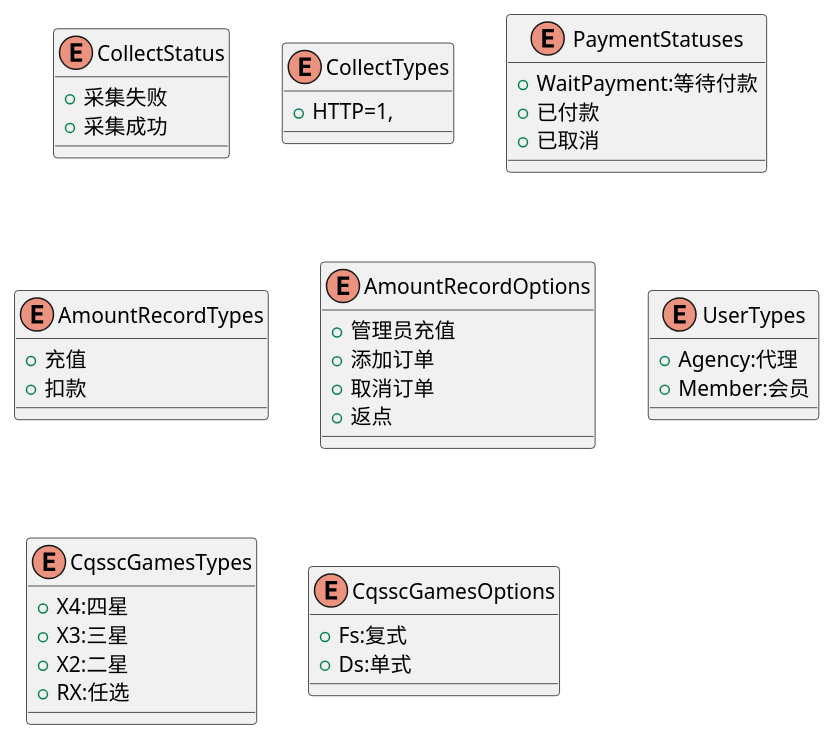
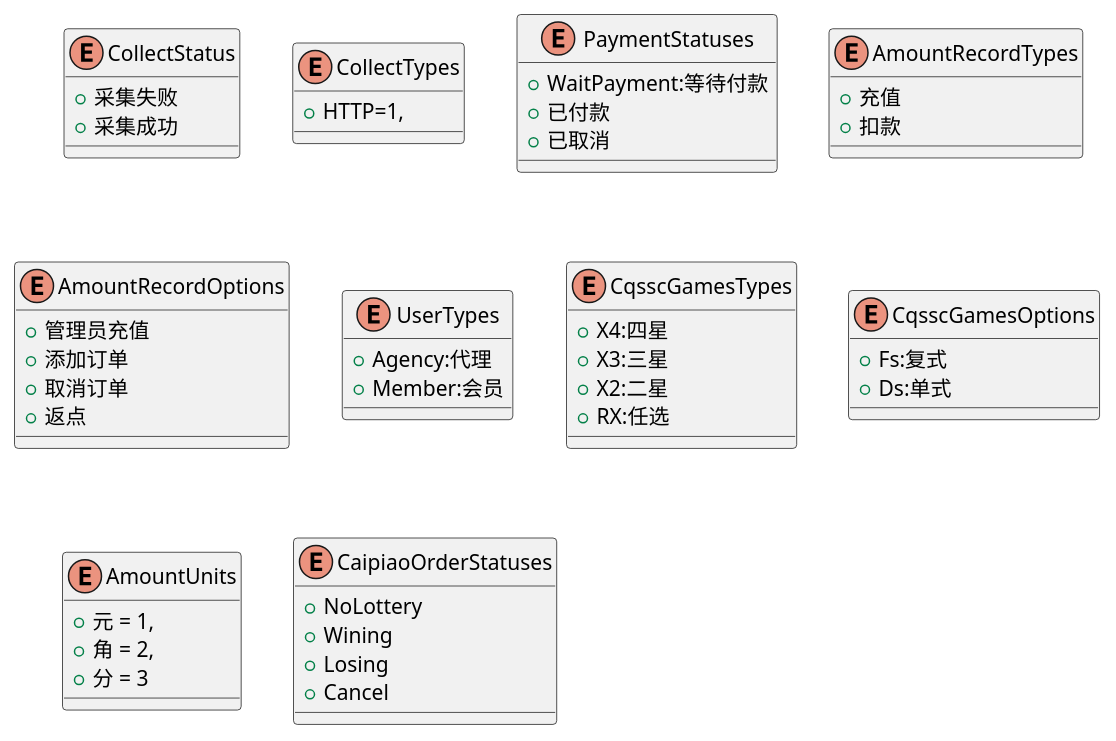
One commit to mainxx/mainxx.github.io changed the second of 3 diagrams in _drafts/CQSSC/Collect设计.md. Above: the diagram before and after it, drawn with PlantUML. The commit also changed other lines of this file and 7 other files, not shown here.

````diff
--- a/_drafts/CQSSC/Collect设计.md
+++ b/_drafts/CQSSC/Collect设计.md
@@ -113,40 +113,51 @@
 ```plantuml
 @startuml
 enum CollectStatus{
     + 采集失败
     + 采集成功
 }
 enum CollectTypes{
     + HTTP=1,
 }
 enum PaymentStatuses{
     + WaitPayment:等待付款
     + 已付款
     + 已取消
 }
 enum AmountRecordTypes{
     + 充值
     + 扣款
 }
 enum AmountRecordOptions{
     + 管理员充值
     + 添加订单
     + 取消订单
     + 返点
 }
 enum UserTypes{
     + Agency:代理
     + Member:会员
 }
 enum CqsscGamesTypes{
     + X4:四星
     + X3:三星
     + X2:二星
     + RX:任选
 }
 enum CqsscGamesOptions{
     + Fs:复式
     + Ds:单式
 }
+enum AmountUnits{
+    + 元 = 1,
+    + 角 = 2,
+    + 分 = 3
+}
+enum CaipiaoOrderStatuses{
+    + NoLottery
+    + Wining
+    + Losing
+    + Cancel
+}
 @enduml
 ```
````
